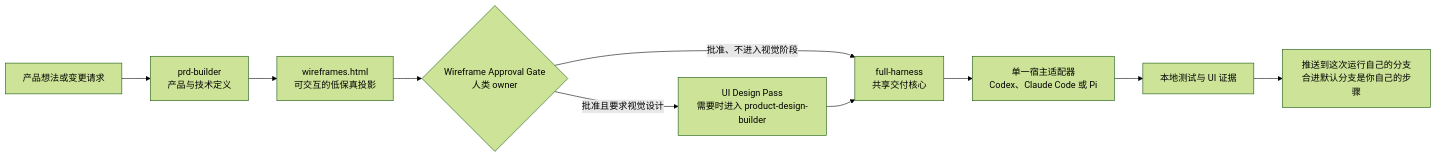
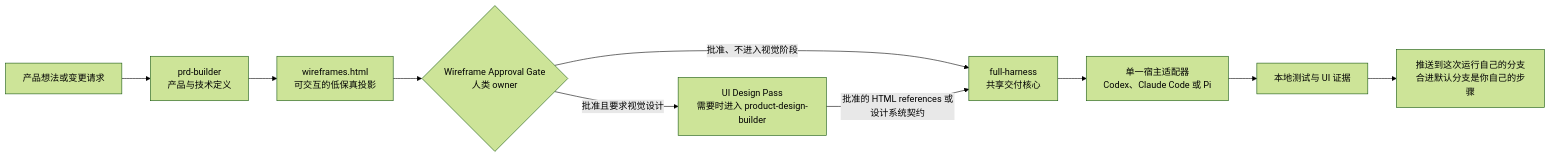
One commit to Phlegonlabs/product-delivery-harness changed the first of 2 diagrams in README.zh-CN.md. Above: the diagram before and after it, drawn with Mermaid (forest theme). The commit also changed other lines of this file and 2 other files, not shown here.

Commit message:
docs: document the HTML UI references flow in READMEs

````diff
--- a/README.zh-CN.md
+++ b/README.zh-CN.md
@@ -69,12 +70,12 @@
 ```mermaid
 flowchart LR
   Idea["产品想法或变更请求"] --> PRD["prd-builder\n产品与技术定义"]
   PRD --> Wireframe["wireframes.html\n可交互的低保真投影"]
   Wireframe --> Gate{"Wireframe Approval Gate\n人类 owner"}
   Gate -->|"批准且要求视觉设计"| Design["UI Design Pass\n需要时进入 product-design-builder"]
   Gate -->|"批准、不进入视觉阶段"| Harness["full-harness\n共享交付核心"]
-  Design --> Harness
+  Design -->|"批准的 HTML references 或设计系统契约"| Harness
   Harness --> Runtime["单一宿主适配器\nCodex、Claude Code 或 Pi"]
   Runtime --> Evidence["本地测试与 UI 证据"]
   Evidence --> Push["推送到这次运行自己的分支\n合进默认分支是你自己的步骤"]
 ```
````
